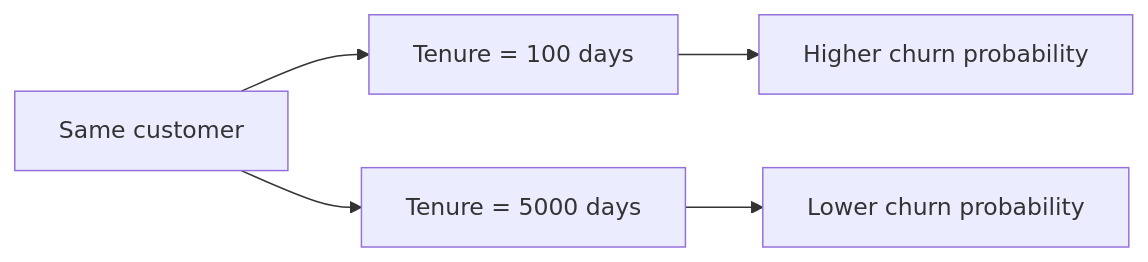
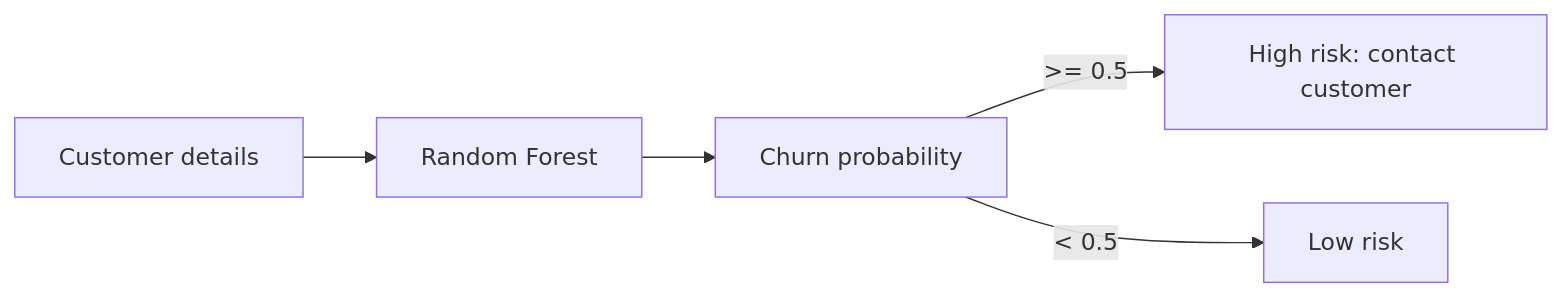
Before and after one commit to sidhantds/Insurance-Churn-Prediction: the seventh of 7 diagrams in README.md, drawn with Mermaid. The commit also changed other lines of this file, not shown here.

````diff
--- a/README.md
+++ b/README.md
@@ -191,5 +185,7 @@
 ```mermaid
 flowchart LR
-    C[Same customer] --> N[Tenure = 100 days] --> HP[Higher churn probability]
-    C --> O[Tenure = 5000 days] --> LP[Lower churn probability]
+    C[Customer details] --> M[Random Forest]
+    M --> P[Churn probability]
+    P -->|">= 0.5"| H[High risk: contact customer]
+    P -->|"< 0.5"| L[Low risk]
 ```
````
